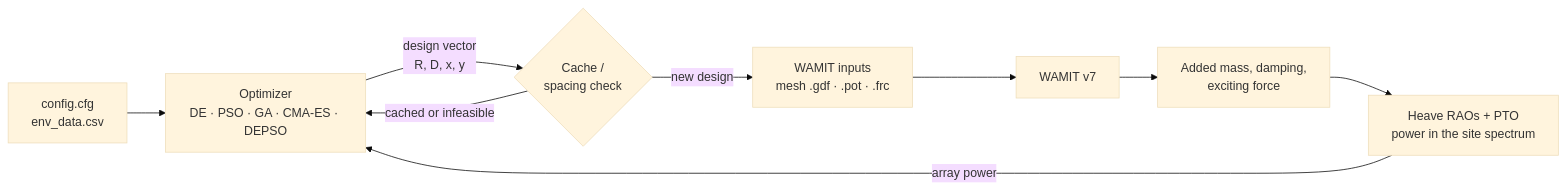
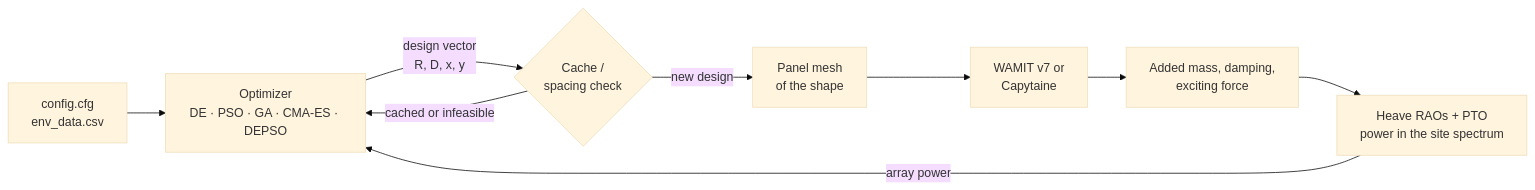
Before and after one commit to onibini/Optimization-Process: the diagram in README.md, drawn with Mermaid (base theme). The commit also changed other lines of this file and 20 other files, not shown here.

````diff
--- a/README.md
+++ b/README.md
@@ -39,11 +39,11 @@
 ```mermaid
 flowchart LR
     A[config.cfg<br/>env_data.csv] --> B[Optimizer<br/>DE · PSO · GA · CMA-ES · DEPSO]
     B -->|design vector<br/>R, D, x, y| C{Cache /<br/>spacing check}
-    C -->|new design| D[WAMIT inputs<br/>mesh .gdf · .pot · .frc]
-    D --> E[WAMIT v7]
+    C -->|new design| D[Panel mesh<br/>of the shape]
+    D --> E[WAMIT v7 or<br/>Capytaine]
     E --> F[Added mass, damping,<br/>exciting force]
     F --> G[Heave RAOs + PTO<br/>power in the site spectrum]
     G -->|array power| B
     C -->|cached or infeasible| B
 ```
````
